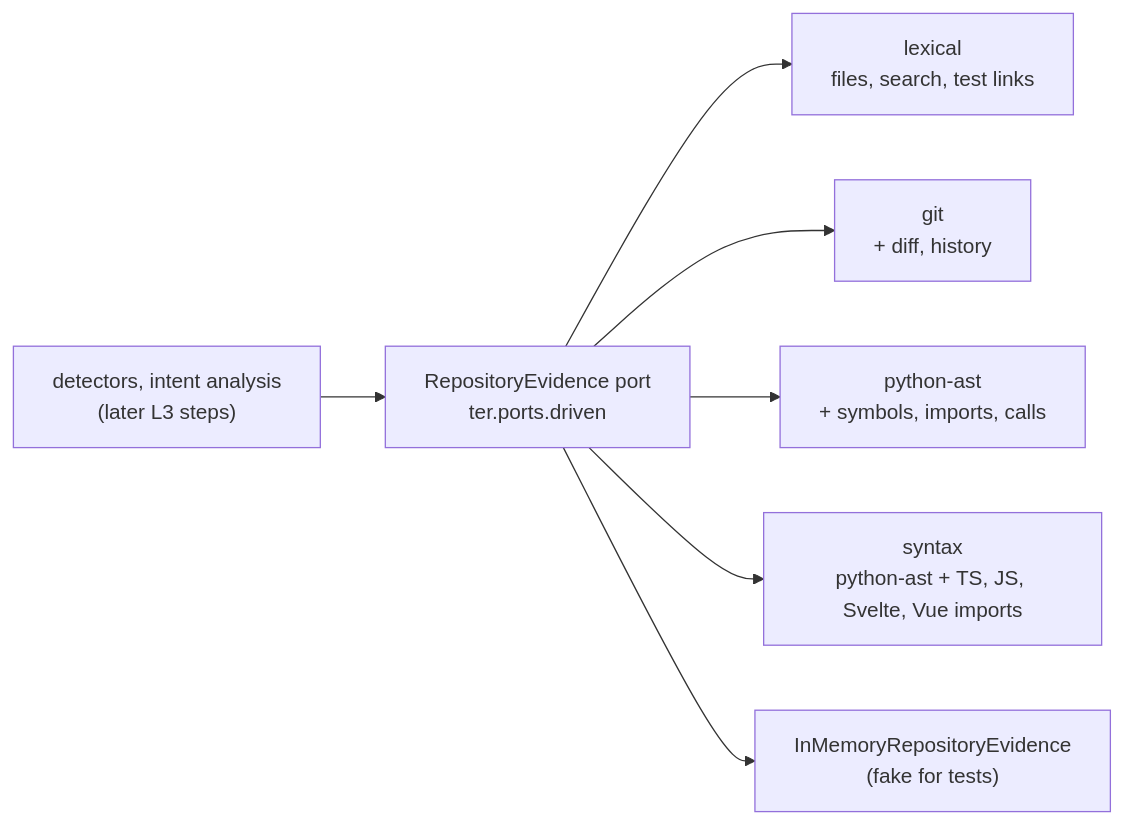
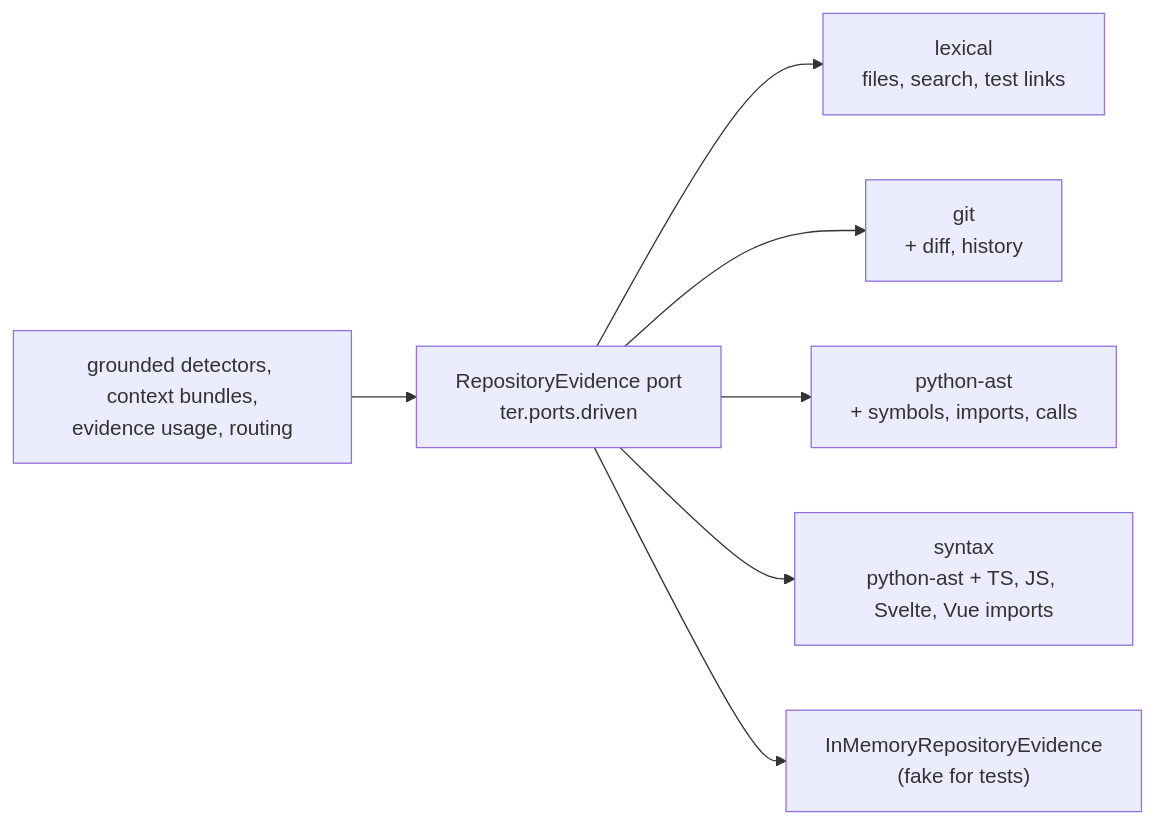
One commit to cplegendre/TER changed the diagram in docs/ter4/l3-grounded.md. Above: the diagram before and after it, drawn with Mermaid. The commit also changed other lines of this file and 9 other files, not shown here.

````diff
--- a/docs/ter4/l3-grounded.md
+++ b/docs/ter4/l3-grounded.md
@@ -56,9 +61,9 @@
 ```mermaid
 flowchart LR
-    D["detectors, intent analysis<br/>(later L3 steps)"] --> P["RepositoryEvidence port<br/>ter.ports.driven"]
+    D["grounded detectors, context bundles,<br/>evidence usage, routing"] --> P["RepositoryEvidence port<br/>ter.ports.driven"]
     P --> L["lexical<br/>files, search, test links"]
     P --> G["git<br/>+ diff, history"]
     P --> A["python-ast<br/>+ symbols, imports, calls"]
     P --> S["syntax<br/>python-ast + TS, JS, Svelte, Vue imports"]
     P --> F["InMemoryRepositoryEvidence<br/>(fake for tests)"]
 ```
````
